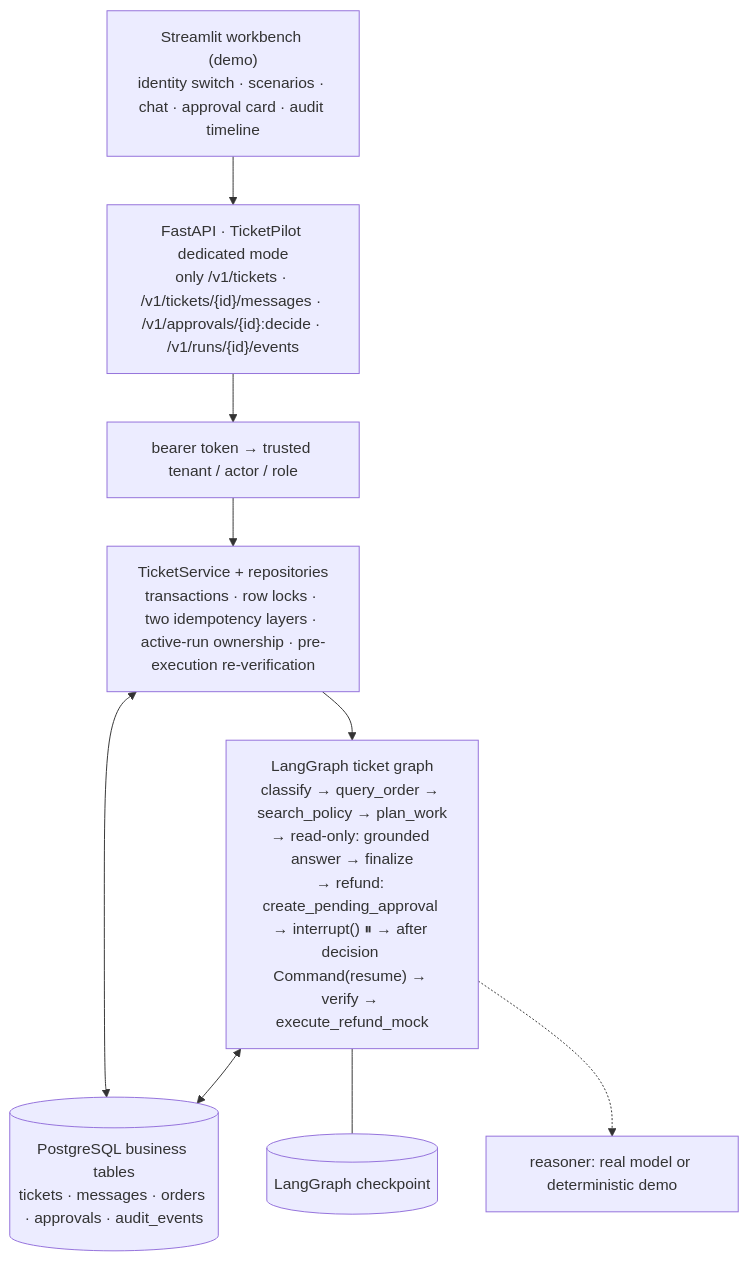
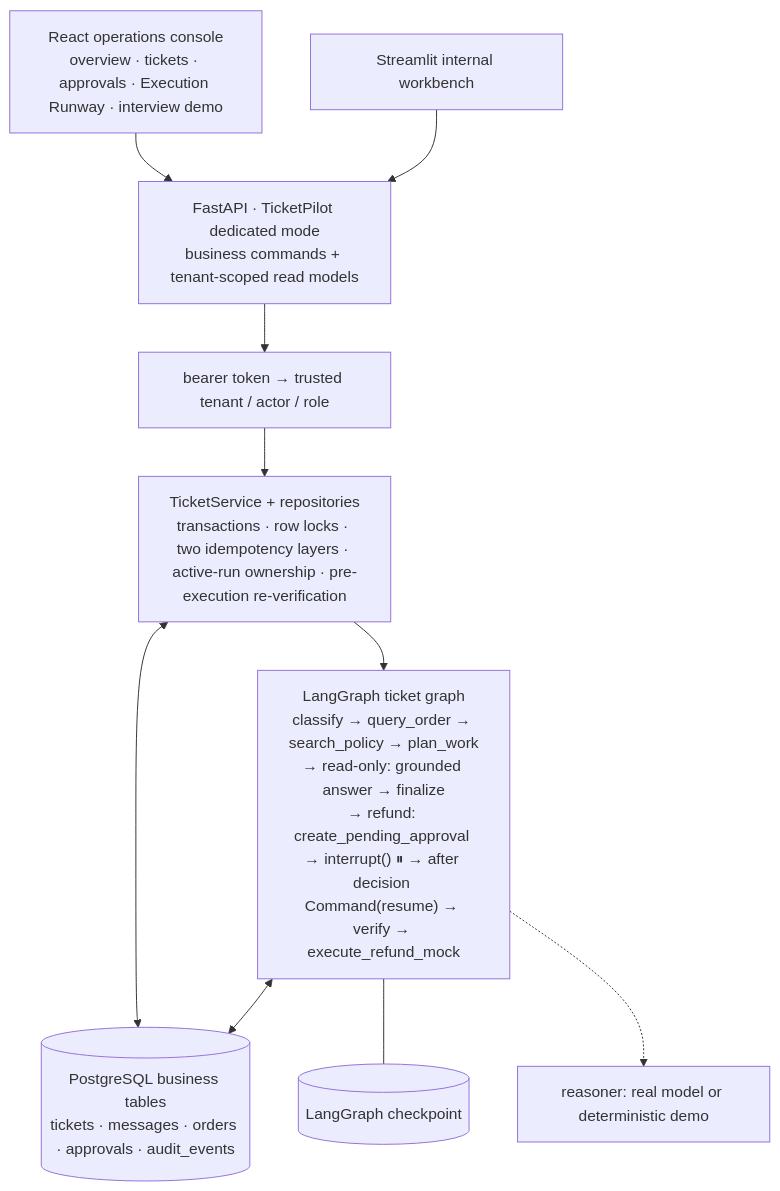
Before and after one commit to FionnLeee/ticketpilot-agent: the first of 2 diagrams in README.md, drawn with Mermaid. The commit also changed other lines of this file and 97 other files, not shown here.

First line of the commit message:
Finalize TicketPilot MVP and public repository surface (#1)

````diff
--- a/README.md
+++ b/README.md
@@ -43,17 +43,20 @@
 ```mermaid
 flowchart TB
-    W["Streamlit workbench (demo)<br/>identity switch · scenarios · chat · approval card · audit timeline"]
-    API["FastAPI · TicketPilot dedicated mode<br/>only /v1/tickets · /v1/tickets/{id}/messages · /v1/approvals/{id}:decide · /v1/runs/{id}/events"]
+    W["React operations console<br/>overview · tickets · approvals · Execution Runway · interview demo"]
+    SW["Streamlit internal workbench"]
+    API["FastAPI · TicketPilot dedicated mode<br/>business commands + tenant-scoped read models"]
     P["bearer token → trusted tenant / actor / role"]
     S["TicketService + repositories<br/>transactions · row locks · two idempotency layers · active-run ownership · pre-execution re-verification"]
     DB[("PostgreSQL business tables<br/>tickets · messages · orders · approvals · audit_events")]
     LG["LangGraph ticket graph<br/>classify → query_order → search_policy → plan_work<br/>→ read-only: grounded answer → finalize<br/>→ refund: create_pending_approval → interrupt() ⏸ → after decision Command(resume) → verify → execute_refund_mock"]
     CK[("LangGraph checkpoint")]
     M["reasoner: real model or deterministic demo"]
-    W --> API --> P --> S
+    W --> API
+    SW --> API
+    API --> P --> S
     S <--> DB
     S --> LG
     LG <--> DB
     LG --- CK
     LG -.-> M
 ```
````
